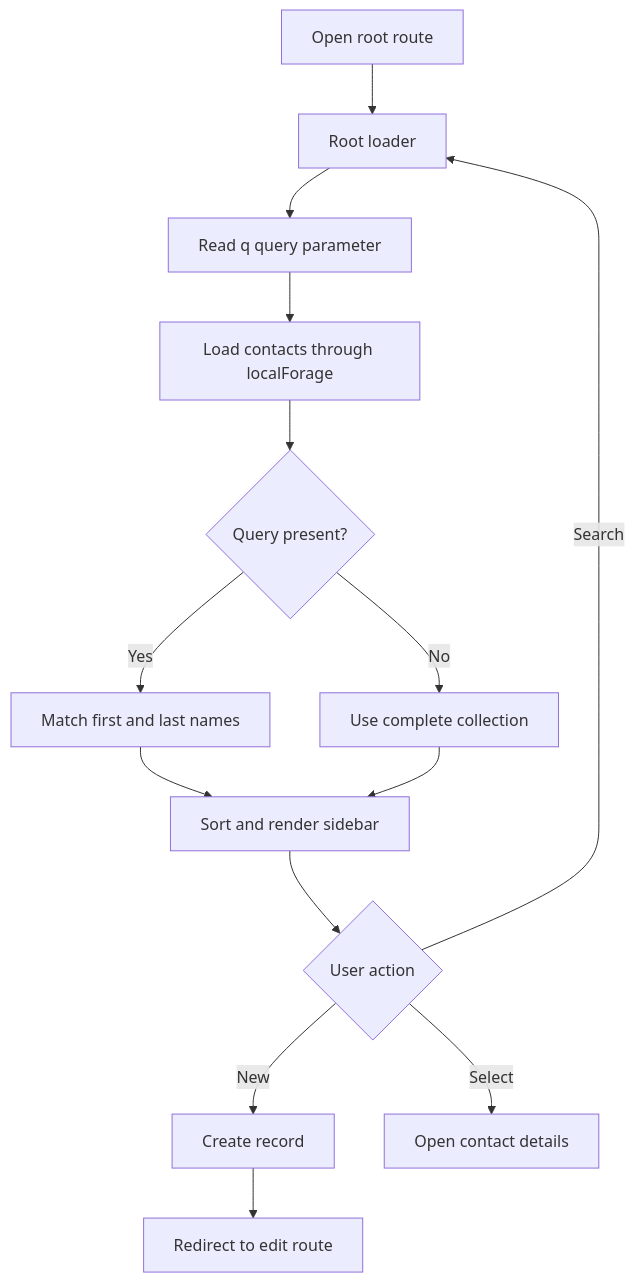
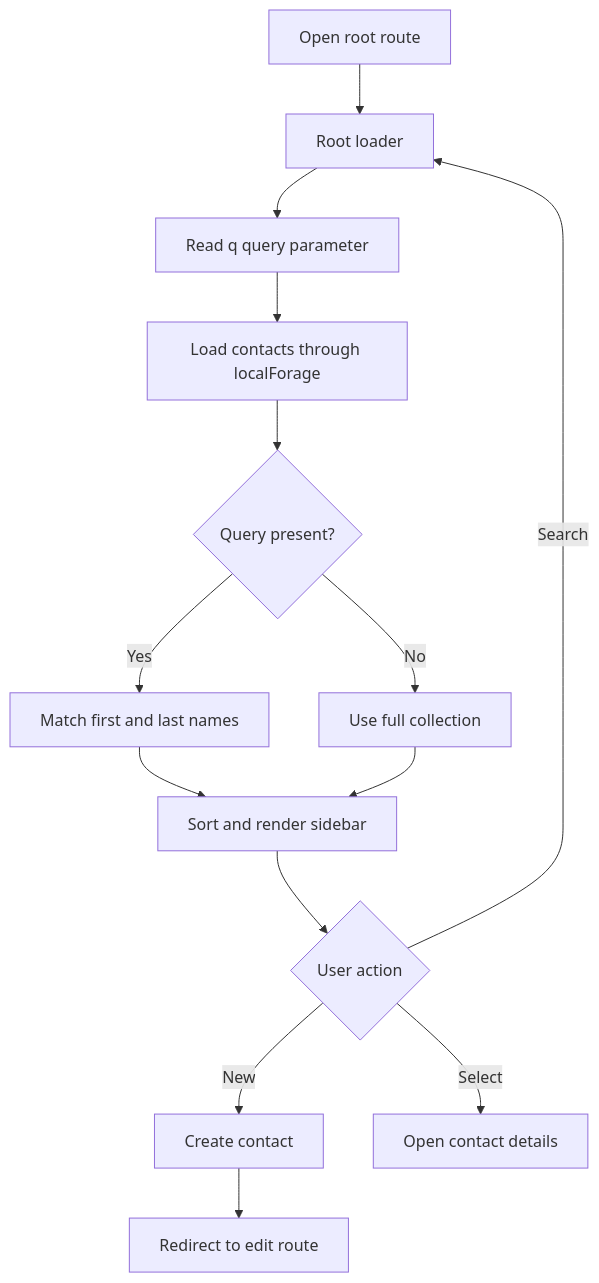
One commit to Brajesh31/Contact-Display changed the first of 3 diagrams in docs/page-documentation.md. Above: the diagram before and after it, drawn with Mermaid. The commit also changed other lines of this file, not shown here.

````diff
--- a/docs/page-documentation.md
+++ b/docs/page-documentation.md
@@ -29,16 +29,16 @@
 ```mermaid
 flowchart TD
   A["Open root route"] --> B["Root loader"]
   B --> C["Read q query parameter"]
   C --> D["Load contacts through localForage"]
   D --> E{"Query present?"}
   E -->|"Yes"| F["Match first and last names"]
-  E -->|"No"| G["Use complete collection"]
+  E -->|"No"| G["Use full collection"]
   F --> H["Sort and render sidebar"]
   G --> H
   H --> I{"User action"}
   I -->|"Search"| B
-  I -->|"New"| J["Create record"]
+  I -->|"New"| J["Create contact"]
   J --> K["Redirect to edit route"]
   I -->|"Select"| L["Open contact details"]
 ```
````
